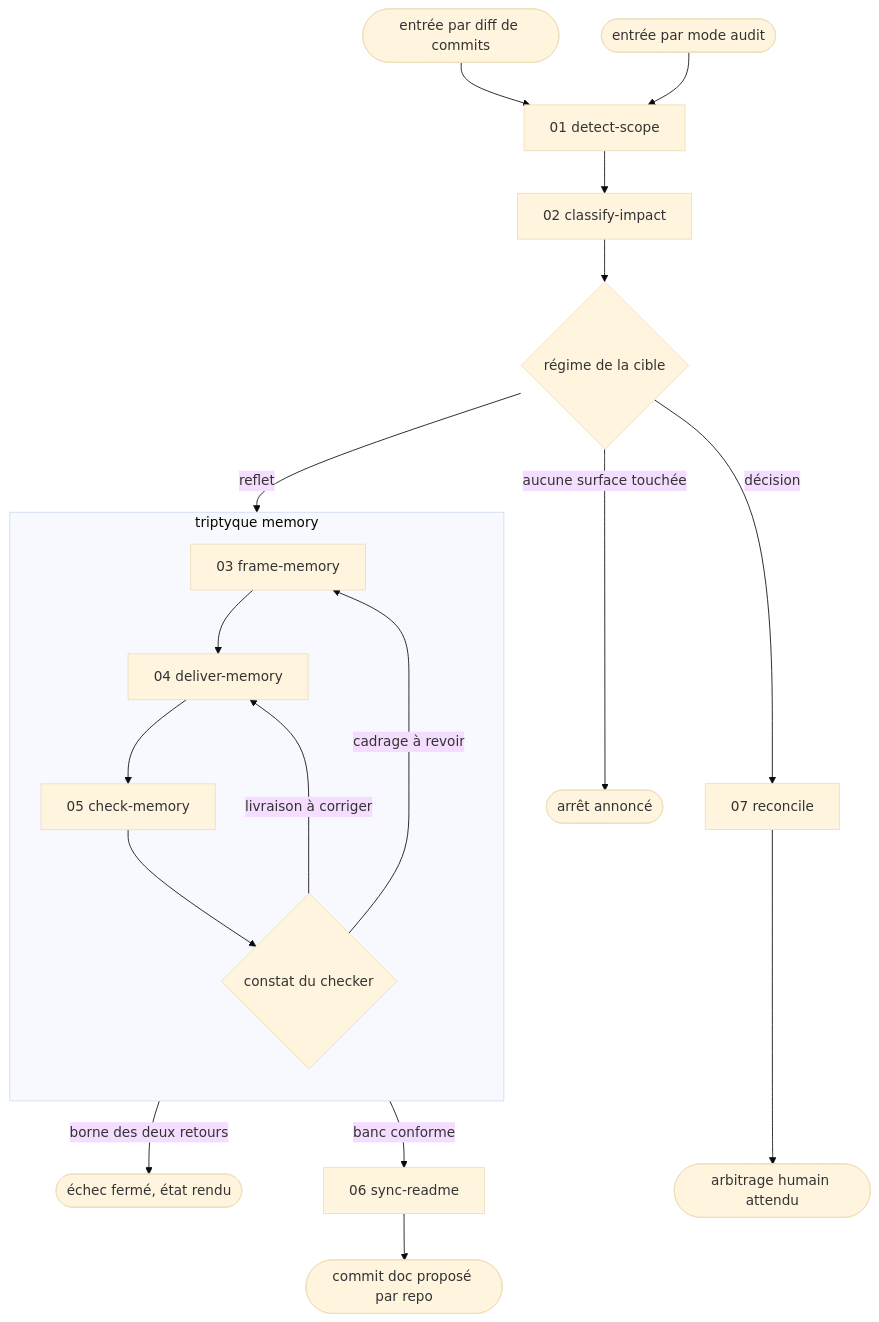
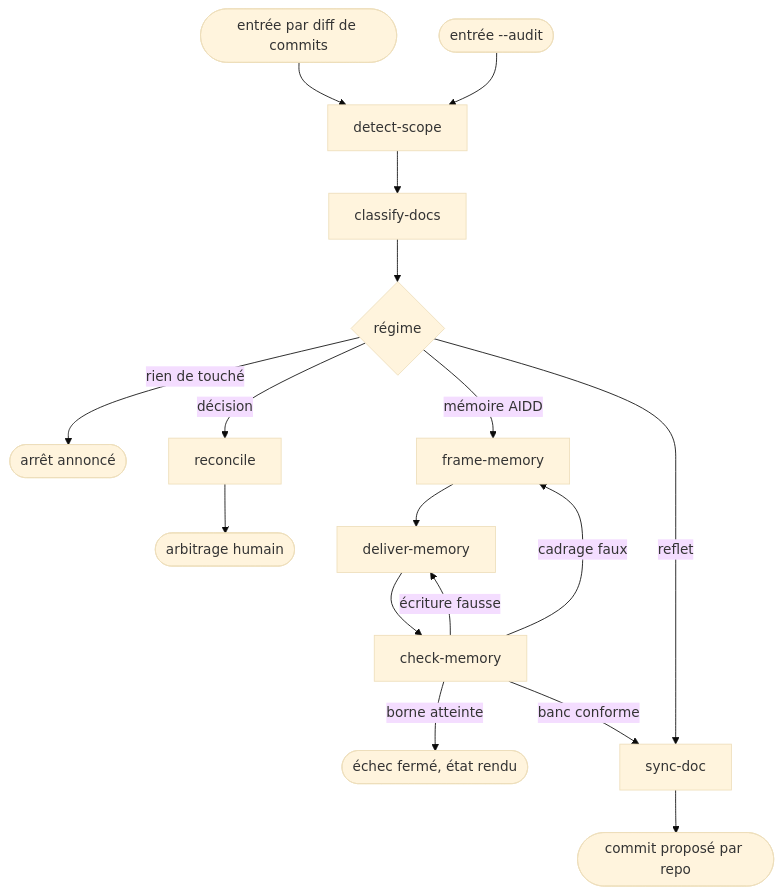
Before and after one commit to kevpdev/agent-config: the diagram in skills/doc-sync/SKILL.md, drawn with Mermaid (base theme). The commit also changed other lines of this file and 16 other files, not shown here.

````diff
--- a/skills/doc-sync/SKILL.md
+++ b/skills/doc-sync/SKILL.md
@@ -26,24 +12,19 @@
 ```mermaid
 flowchart TD
-  entreeDiff([entrée par diff de commits]) --> a01[01 detect-scope]
-  entreeAudit([entrée par mode audit]) --> a01
-  a01 --> a02[02 classify-impact]
-  a02 --> reg{régime de la cible}
-
-  subgraph tri [triptyque memory]
-    direction TB
-    a03[03 frame-memory] --> a04[04 deliver-memory]
-    a04 --> a05[05 check-memory]
-    a05 --> verdict{constat du checker}
-    verdict -->|cadrage à revoir| a03
-    verdict -->|livraison à corriger| a04
-  end
-
-  reg -->|aucune surface touchée| arret([arrêt annoncé])
-  reg -->|reflet| a03
-  reg -->|décision| a07[07 reconcile]
-  a05 -->|borne des deux retours| ferme([échec fermé, état rendu])
-  verdict -->|banc conforme| a06[06 sync-readme]
-  a06 --> commitDoc([commit doc proposé par repo])
-  a07 --> arbitrage([arbitrage humain attendu])
+  diff([entrée par diff de commits]) --> scope[detect-scope]
+  audit([entrée --audit]) --> scope
+  scope --> classify[classify-docs]
+  classify --> regime{régime}
+  regime -->|rien de touché| arret([arrêt annoncé])
+  regime -->|décision| reconcile[reconcile]
+  reconcile --> arbitrage([arbitrage humain])
+  regime -->|mémoire AIDD| frame[frame-memory]
+  frame --> deliver[deliver-memory]
+  deliver --> check[check-memory]
+  check -->|cadrage faux| frame
+  check -->|écriture fausse| deliver
+  check -->|borne atteinte| ferme([échec fermé, état rendu])
+  check -->|banc conforme| sync[sync-doc]
+  regime -->|reflet| sync
+  sync --> commit([commit proposé par repo])
 ```
````
